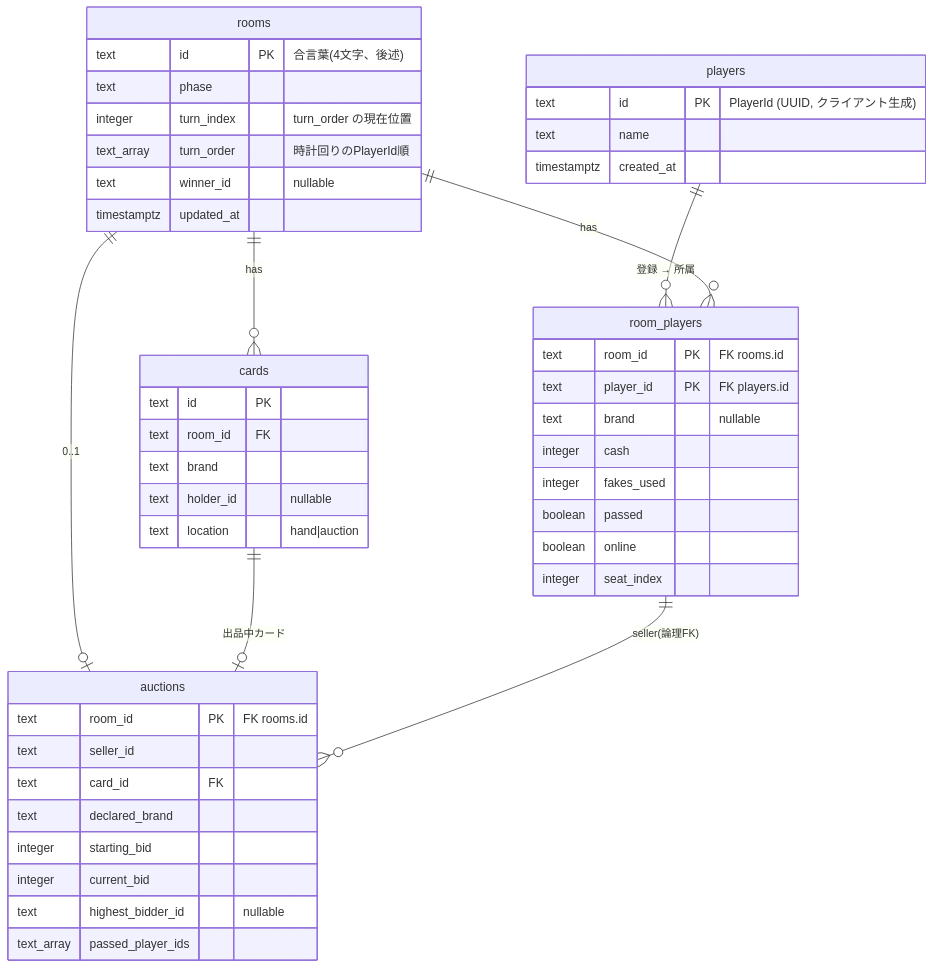
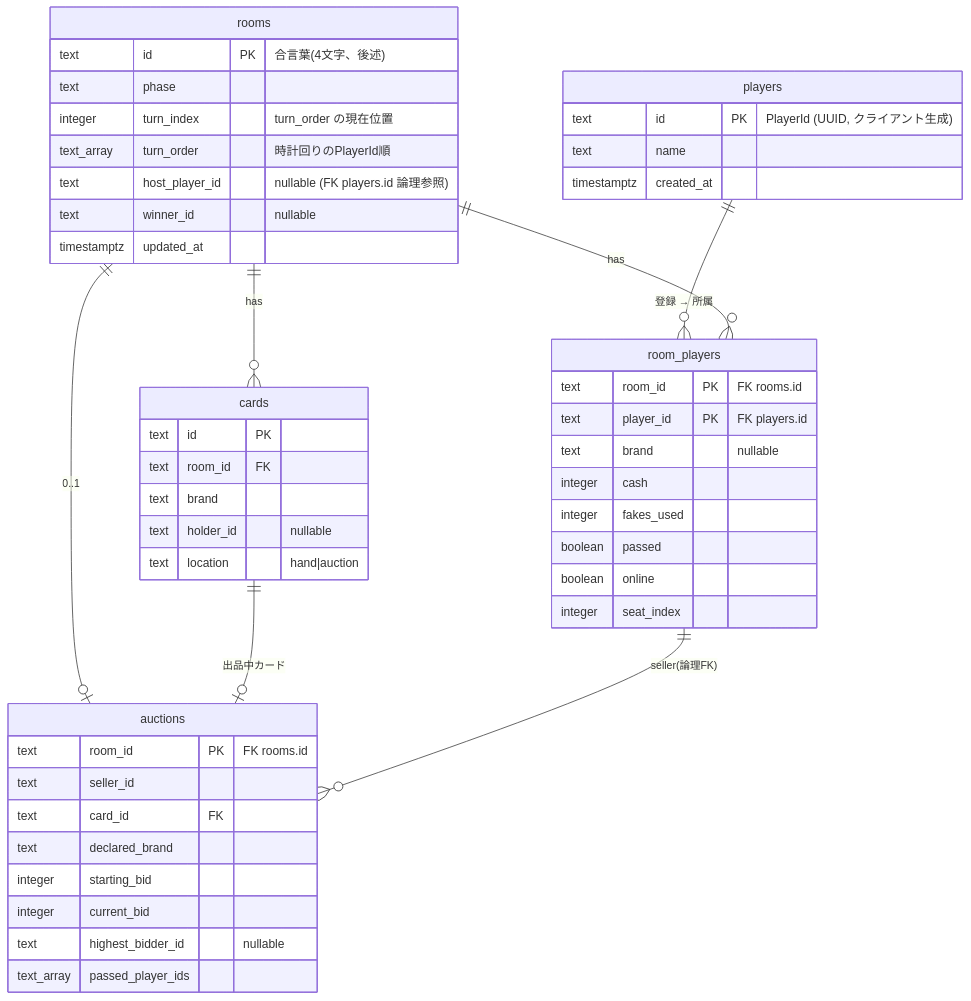
The diagram in docs/design/02_data_model.md (calm1205/bluff-auction), drawn with Mermaid before and after one commit.

Commit message:
chore: auto-commit by Claude Code

````diff
--- a/docs/design/02_data_model.md
+++ b/docs/design/02_data_model.md
@@ -7,50 +7,51 @@
 ```mermaid
 erDiagram
     players ||--o{ room_players : "登録 → 所属"
     rooms ||--o{ room_players : has
     rooms ||--o{ cards : has
     rooms ||--o| auctions : "0..1"
     cards ||--o| auctions : "出品中カード"
     room_players ||--o{ auctions : "seller(論理FK)"
 
     rooms {
         text id PK "合言葉(4文字、後述)"
         text phase
         integer turn_index "turn_order の現在位置"
         text_array turn_order "時計回りのPlayerId順"
+        text host_player_id "nullable (FK players.id 論理参照)"
         text winner_id "nullable"
         timestamptz updated_at
     }
     players {
         text id PK "PlayerId (UUID, クライアント生成)"
         text name
         timestamptz created_at
     }
     room_players {
         text room_id PK "FK rooms.id"
         text player_id PK "FK players.id"
         text brand "nullable"
         integer cash
         integer fakes_used
         boolean passed
         boolean online
         integer seat_index
     }
     cards {
         text id PK
         text room_id FK
         text brand
         text holder_id "nullable"
         text location "hand|auction"
     }
     auctions {
         text room_id PK "FK rooms.id"
         text seller_id
         text card_id FK
         text declared_brand
         integer starting_bid
         integer current_bid
         text highest_bidder_id "nullable"
         text_array passed_player_ids
     }
 ```
````
